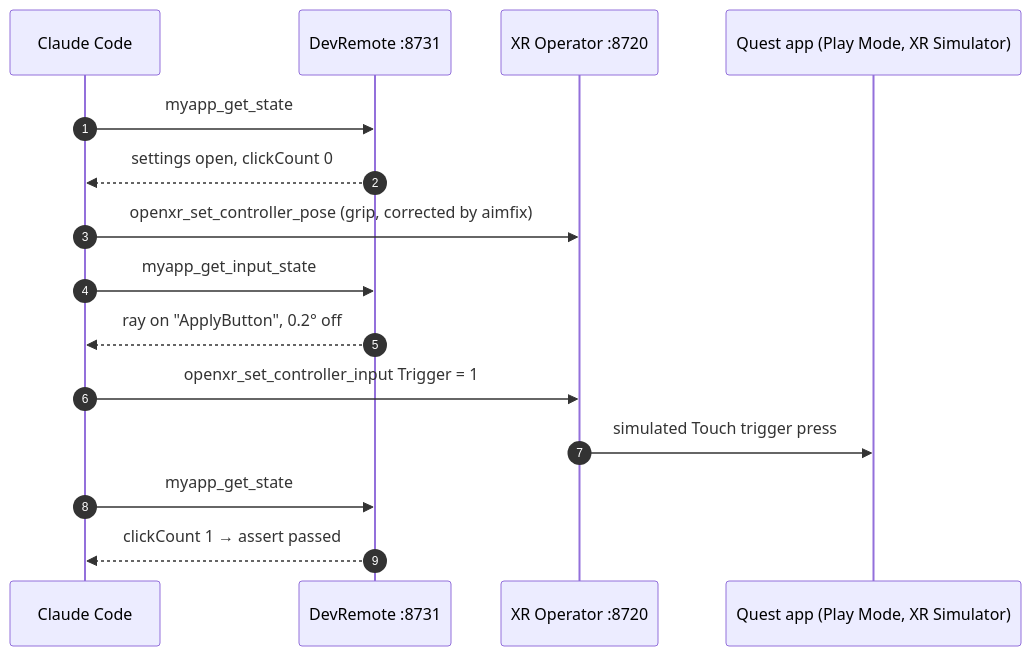
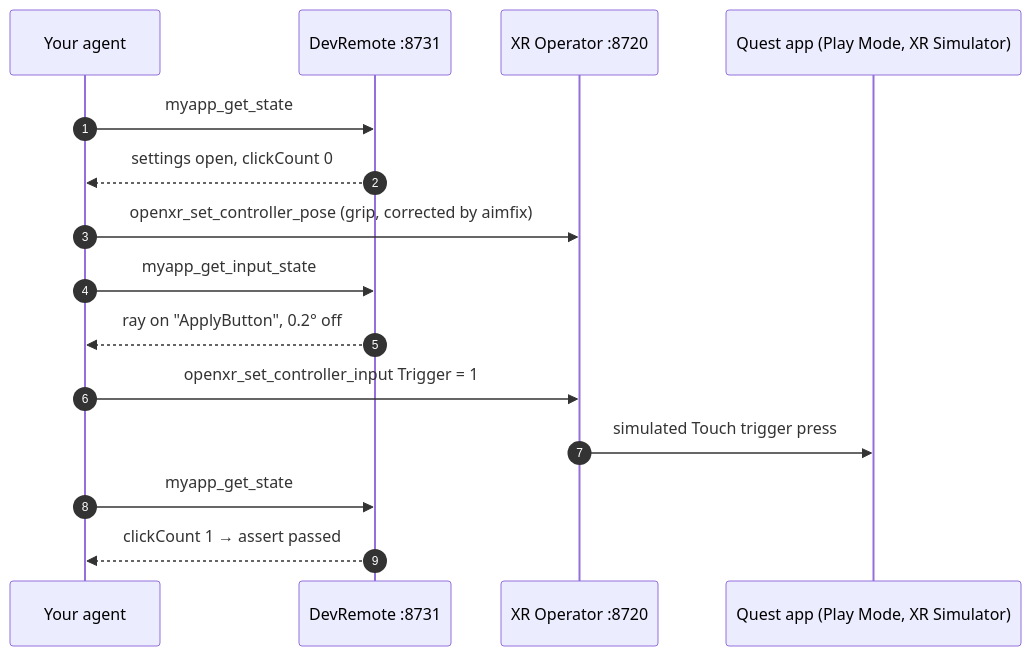
Before and after one commit to gomesgustavoo/vr-dev-skills: the diagram in README.md, drawn with Mermaid. The commit also changed other lines of this file and 26 other files, not shown here.

````diff
--- a/README.md
+++ b/README.md
@@ -97,17 +97,17 @@
 ```mermaid
 sequenceDiagram
     autonumber
-    participant C as Claude Code
+    participant C as Your agent
     participant D as DevRemote :8731
     participant O as XR Operator :8720
     participant A as Quest app (Play Mode, XR Simulator)
     C->>D: myapp_get_state
     D-->>C: settings open, clickCount 0
     C->>O: openxr_set_controller_pose (grip, corrected by aimfix)
     C->>D: myapp_get_input_state
     D-->>C: ray on "ApplyButton", 0.2° off
     C->>O: openxr_set_controller_input Trigger = 1
     O->>A: simulated Touch trigger press
     C->>D: myapp_get_state
     D-->>C: clickCount 1 → assert passed
 ```
````
